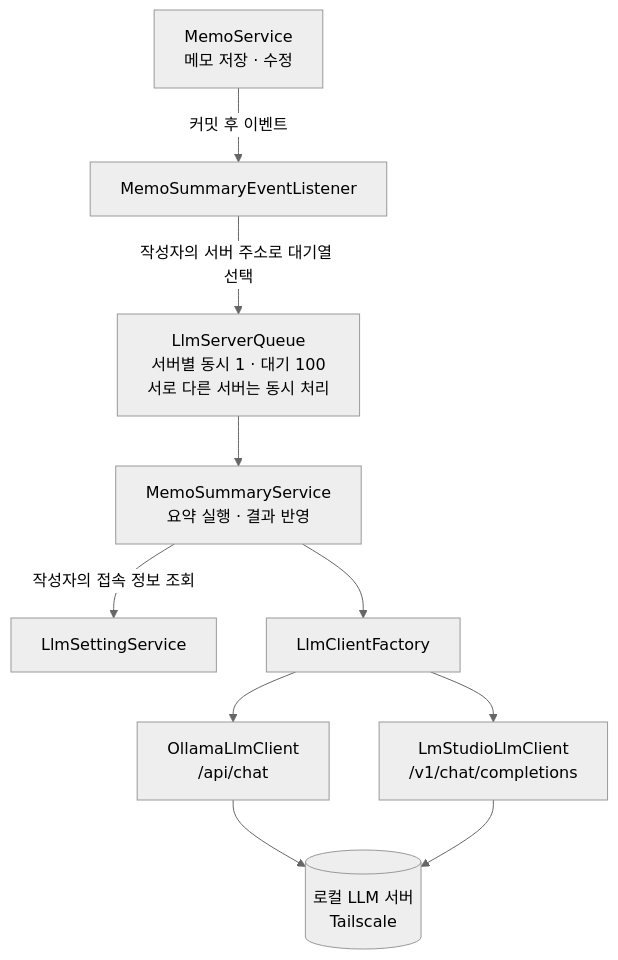
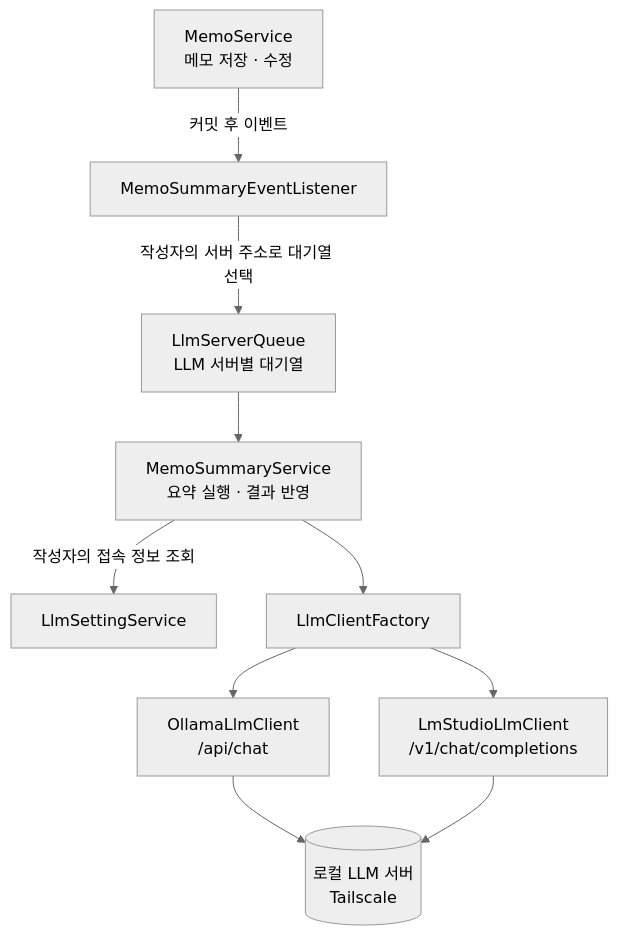
One commit to Hasegos/coding-test-project changed the second of 4 diagrams in README.md. Above: the diagram before and after it, drawn with Mermaid (neutral theme). The commit also changed other lines of this file, not shown here.

````diff
--- a/README.md
+++ b/README.md
@@ -199,12 +172,12 @@
 ```mermaid
 flowchart TB
     A["MemoService<br/>메모 저장 · 수정"] -->|"커밋 후 이벤트"| B["MemoSummaryEventListener"]
-    B -->|"작성자의 서버 주소로 대기열 선택"| C["LlmServerQueue<br/>서버별 동시 1 · 대기 100<br/>서로 다른 서버는 동시 처리"]
+    B -->|"작성자의 서버 주소로 대기열 선택"| C["LlmServerQueue<br/>LLM 서버별 대기열"]
     C --> D["MemoSummaryService<br/>요약 실행 · 결과 반영"]
     D -->|"작성자의 접속 정보 조회"| E["LlmSettingService"]
     D --> F["LlmClientFactory"]
     F --> G["OllamaLlmClient<br/>/api/chat"]
     F --> H["LmStudioLlmClient<br/>/v1/chat/completions"]
     G --> I[("로컬 LLM 서버<br/>Tailscale")]
     H --> I
 ```
````
